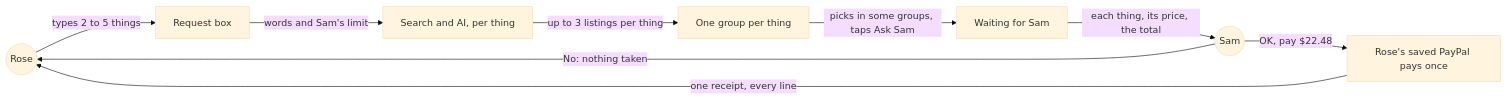
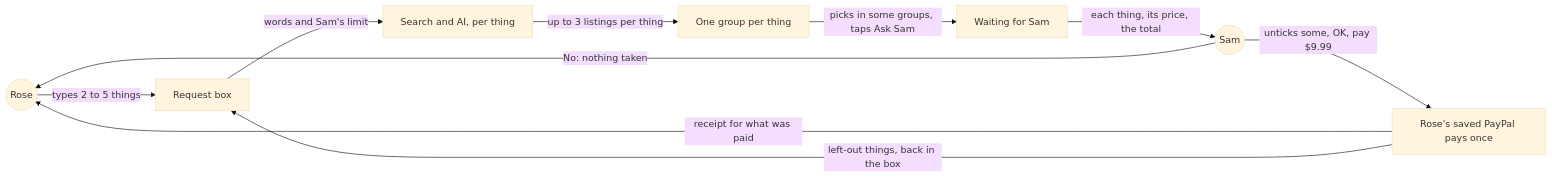
The first of 3 diagrams in docs/specs/basket.md (dzaffren/kincart), drawn with Mermaid (base theme) before and after one commit. The commit also changed other lines of this file and 7 other files, not shown here.

Commit message:
docs(spec): let Sam untick basket items and send them back to Rose

````diff
--- a/docs/specs/basket.md
+++ b/docs/specs/basket.md
@@ -33,11 +33,12 @@
 ```mermaid
 flowchart LR
     R((Rose)) -- "types 2 to 5 things" --> B[Request box]
     B -- "words and Sam's limit" --> F[Search and AI, per thing]
     F -- "up to 3 listings per thing" --> G[One group per thing]
     G -- "picks in some groups, taps Ask Sam" --> W[Waiting for Sam]
     W -- "each thing, its price, the total" --> S((Sam))
-    S -- "OK, pay $22.48" --> P[Rose's saved PayPal pays once]
-    P -- "one receipt, every line" --> R
+    S -- "unticks some, OK, pay $9.99" --> P[Rose's saved PayPal pays once]
+    P -- "receipt for what was paid" --> R
+    P -- "left-out things, back in the box" --> B
     S -- "No: nothing taken" --> R
 ```
````
